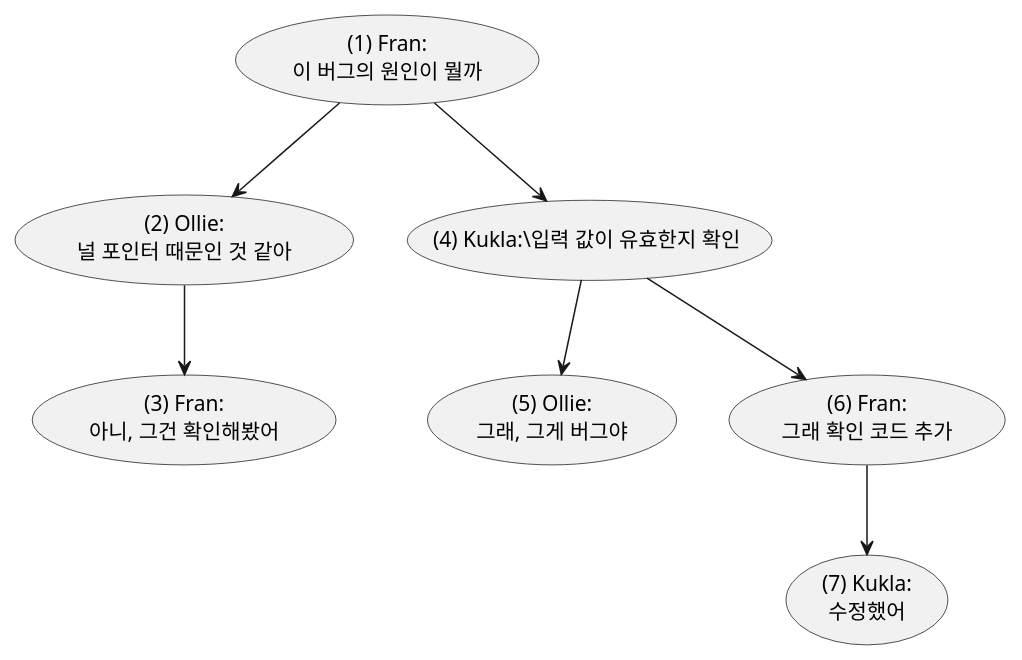
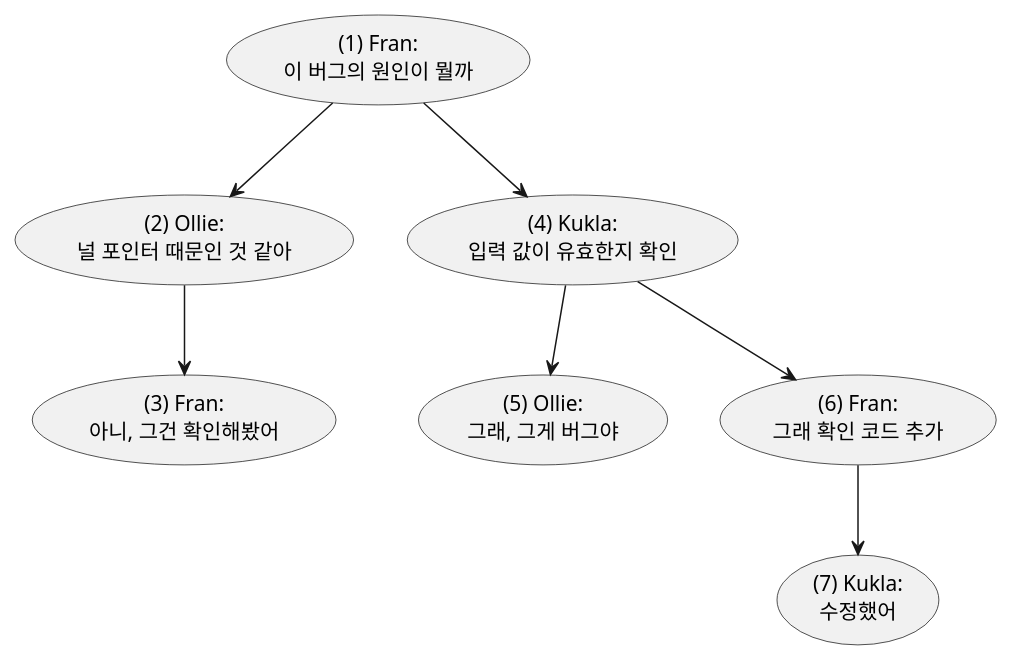
Before and after one commit to devyonghee/devyonghee.github.io: the diagram in images/book/sql-anti-pattern/adjacency-comment-tree-sample.puml, drawn with PlantUML. The commit also changed 5 other files, not shown here.

```diff
--- a/images/book/sql-anti-pattern/adjacency-comment-tree-sample.puml
+++ b/images/book/sql-anti-pattern/adjacency-comment-tree-sample.puml
@@ -1,17 +1,17 @@
 @startuml
 top to bottom direction
 usecase "(1) Fran:\n이 버그의 원인이 뭘까" as 1
 usecase "(2) Ollie:\n널 포인터 때문인 것 같아" as 2
 usecase "(3) Fran:\n아니, 그건 확인해봤어" as 3
-usecase "(4) Kukla:\입력 값이 유효한지 확인" as 4
+usecase "(4) Kukla:\n입력 값이 유효한지 확인" as 4
 usecase "(5) Ollie:\n그래, 그게 버그야" as 5
 usecase "(6) Fran:\n그래 확인 코드 추가" as 6
 usecase "(7) Kukla:\n수정했어" as 7
 
 1 --> 2
 1 --> 4
 2 --> 3
 4 --> 5
 4 --> 6
 6 --> 7
 @enduml
```
